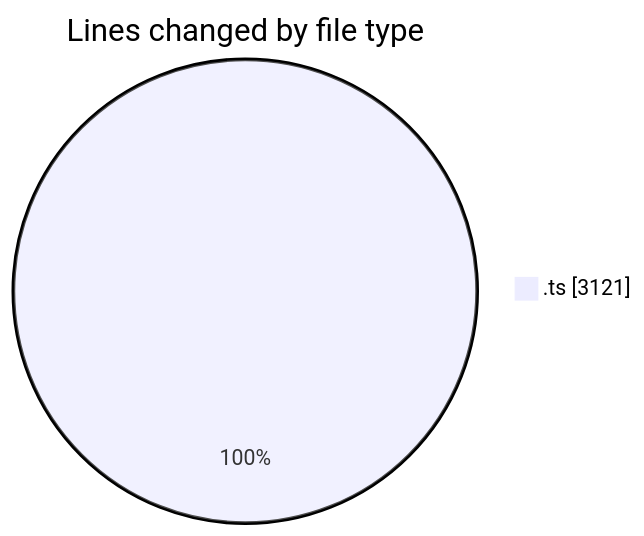
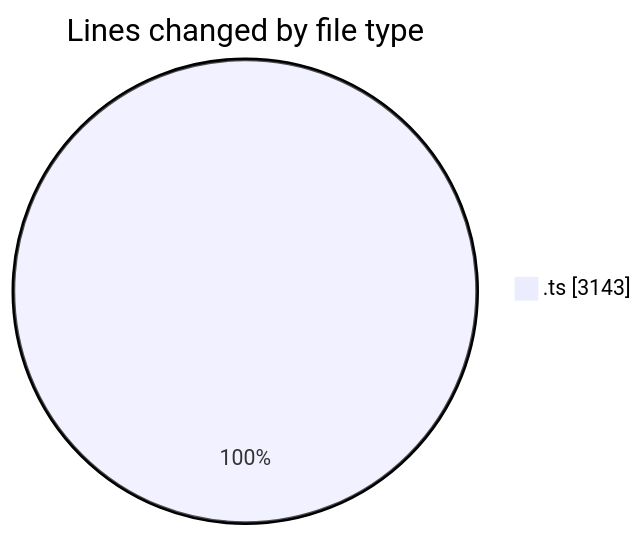
One commit to momahboobian/code-tracking changed the first of 2 diagrams in 2025-06-24/cda/README.md. Above: the diagram before and after it, drawn with Mermaid. The commit also changed other lines of this file and 1 other file, not shown here.

````diff
--- a/2025-06-24/cda/README.md
+++ b/2025-06-24/cda/README.md
@@ -24,5 +24,5 @@
 ```mermaid
 pie showData
 title Lines changed by file type
-".ts" : 3121
+".ts" : 3143
 ```
````
